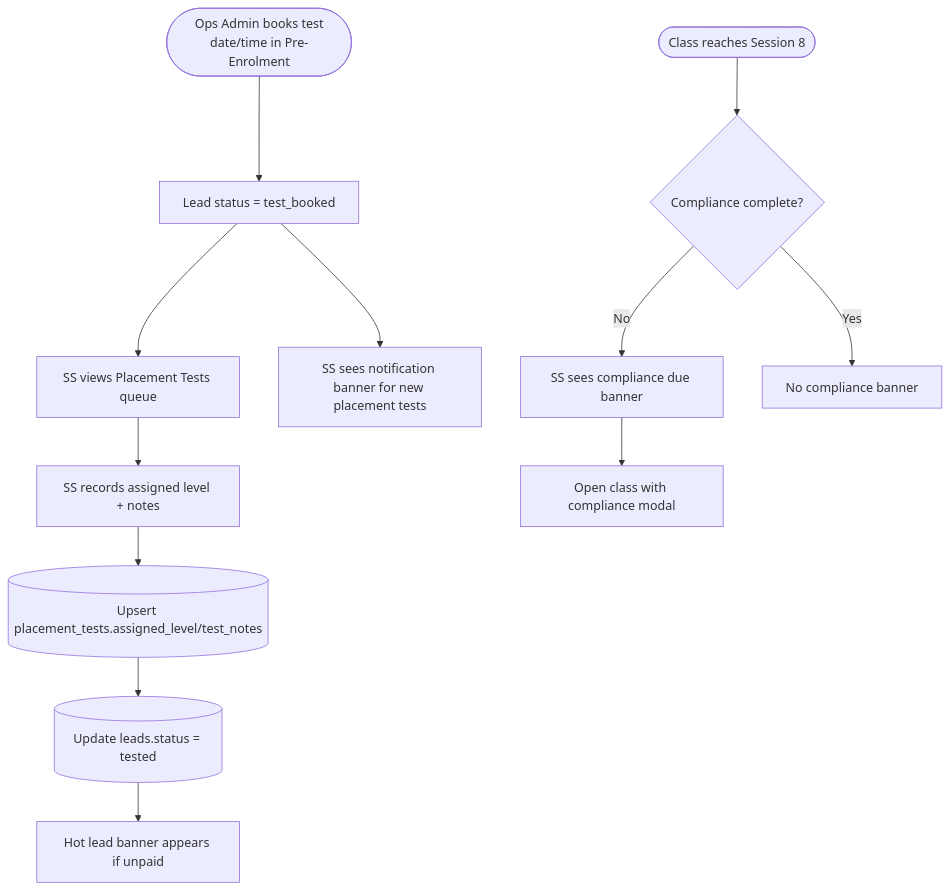
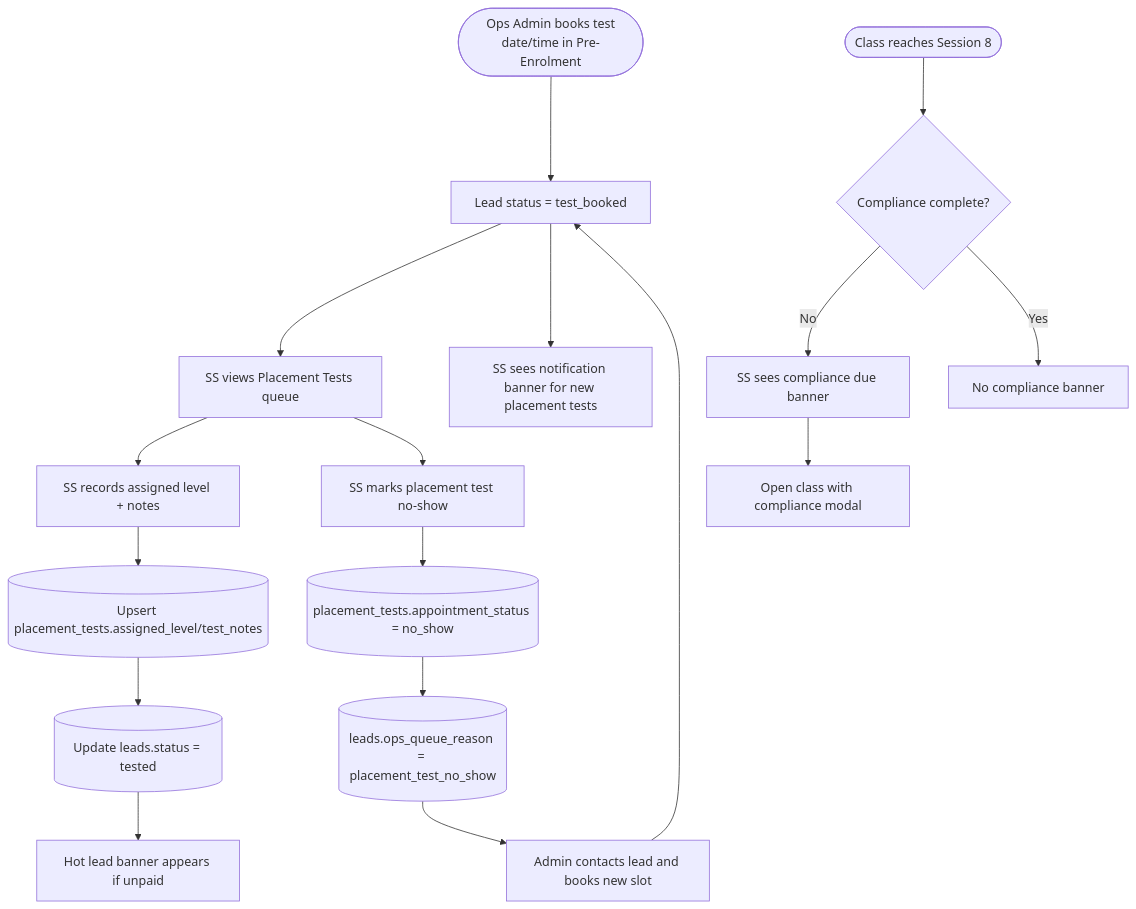
The second of 7 diagrams in memory/flows/student_success_workflow.md (MahmoudObeid1001/eighty-twenty-ops), drawn with Mermaid before and after one commit. The commit also changed other lines of this file and 12 other files, not shown here.

Commit message:
Add placement test no-show workflow

````diff
--- a/memory/flows/student_success_workflow.md
+++ b/memory/flows/student_success_workflow.md
@@ -54,16 +54,22 @@
 ```mermaid
 flowchart TD
 Start([Ops Admin books test<br/>date/time in Pre-Enrolment]) --> StatusTestBooked[Lead status = test_booked]
     StatusTestBooked --> SSQueue[SS views Placement Tests queue]
     SSQueue --> RecordResult[SS records assigned level + notes]
     RecordResult --> UpdatePlacement[(Upsert placement_tests.assigned_level/test_notes)]
     UpdatePlacement --> MarkTested[(Update leads.status = tested)]
 MarkTested --> HotLeadBanner[Hot lead banner appears if unpaid]
 
+    SSQueue --> NoShow[SS marks placement test no-show]
+    NoShow --> MarkNoShow[(placement_tests.appointment_status = no_show)]
+    MarkNoShow --> AdminQueue[(leads.ops_queue_reason = placement_test_no_show)]
+    AdminQueue --> Reschedule[Admin contacts lead and books new slot]
+    Reschedule --> StatusTestBooked
+
     StatusTestBooked --> SSNotification[SS sees notification banner for new placement tests]
 
     ClassEnd([Class reaches Session 8]) --> ComplianceDue{Compliance complete?}
     ComplianceDue -->|No| ComplianceBanner[SS sees compliance due banner]
     ComplianceBanner --> OpenComplianceClass[Open class with compliance modal]
     ComplianceDue -->|Yes| NoBanner[No compliance banner]
 ```
````
